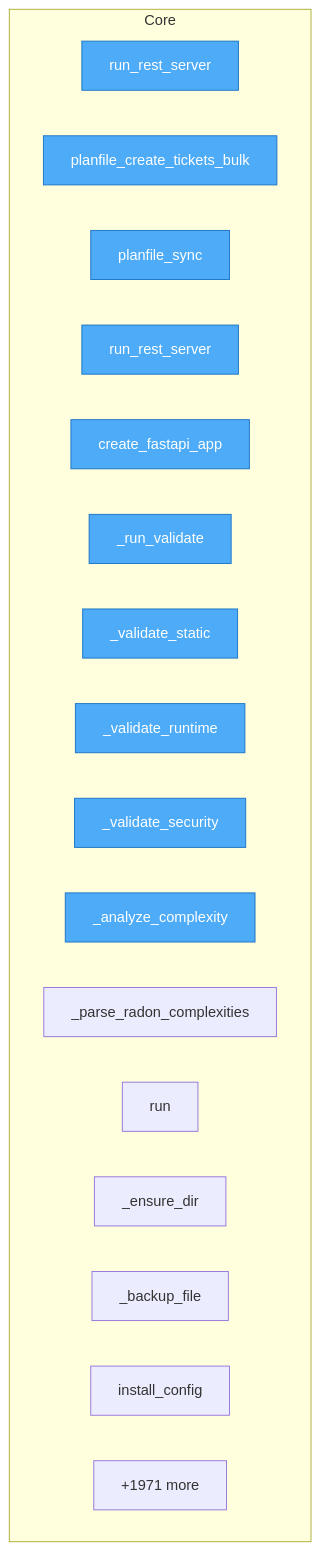
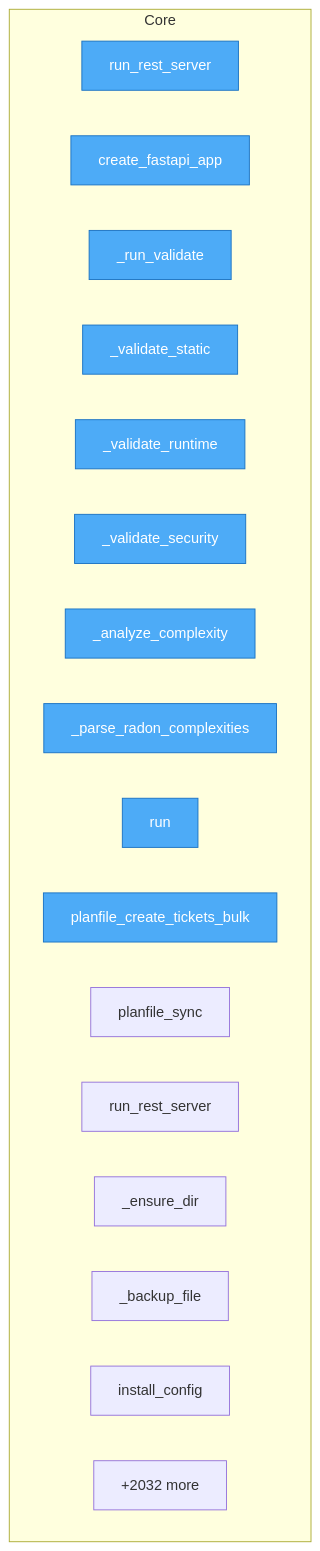
The diagram in project/flow.mmd (semcod/algitex), drawn with Mermaid before and after one commit. The commit also changed 24 other files, not shown here.

```diff
--- a/project/flow.mmd
+++ b/project/flow.mmd
@@ -1,25 +1,25 @@
 flowchart TD
 
     %% Entry points (blue)
     classDef entry fill:#4dabf7,stroke:#1971c2,color:#fff
 
     subgraph Core
         N___algitex__backups__batch_20260328_142940__docker__aider_mcp__aider_mcp_server__run_rest_server["run_rest_server"]
-        N___algitex__backups__batch_20260328_142940__docker__planfile_mcp__planfile_mcp_server__planfile_create_tickets_bulk["planfile_create_tickets_bulk"]
-        N___algitex__backups__batch_20260328_142940__docker__planfile_mcp__planfile_mcp_server__planfile_sync["planfile_sync"]
-        N___algitex__backups__batch_20260328_142940__docker__planfile_mcp__planfile_mcp_server__run_rest_server["run_rest_server"]
         N___algitex__backups__batch_20260328_142940__docker__vallm__vallm_server__VallmServer__create_fastapi_app["create_fastapi_app"]
         N___algitex__backups__batch_20260328_142940__docker__vallm__vallm_server__VallmServer___run_validate["_run_validate"]
         N___algitex__backups__batch_20260328_142940__docker__vallm__vallm_server__VallmServer___validate_static["_validate_static"]
         N___algitex__backups__batch_20260328_142940__docker__vallm__vallm_server__VallmServer___validate_runtime["_validate_runtime"]
         N___algitex__backups__batch_20260328_142940__docker__vallm__vallm_server__VallmServer___validate_security["_validate_security"]
         N___algitex__backups__batch_20260328_142940__docker__vallm__vallm_server__VallmServer___analyze_complexity["_analyze_complexity"]
         N___algitex__backups__batch_20260328_142940__docker__vallm__vallm_server__VallmServer___parse_radon_complexities["_parse_radon_complexities"]
         N___algitex__backups__batch_20260328_142940__docker__vallm__vallm_server__VallmServer__run["run"]
+        N___algitex__backups__batch_20260328_142940__docker__planfile_mcp__planfile_mcp_server__planfile_create_tickets_bulk["planfile_create_tickets_bulk"]
+        N___algitex__backups__batch_20260328_142940__docker__planfile_mcp__planfile_mcp_server__planfile_sync["planfile_sync"]
+        N___algitex__backups__batch_20260328_142940__docker__planfile_mcp__planfile_mcp_server__run_rest_server["run_rest_server"]
         N___algitex__backups__batch_20260328_142940__src__algitex__tools__config__ConfigManager___ensure_dir["_ensure_dir"]
         N___algitex__backups__batch_20260328_142940__src__algitex__tools__config__ConfigManager___backup_file["_backup_file"]
         N___algitex__backups__batch_20260328_142940__src__algitex__tools__config__ConfigManager__install_config["install_config"]
-        ...["+1971 more"]
+        ...["+2032 more"]
     end
 
-    class N___algitex__backups__batch_20260328_142940__docker__aider_mcp__aider_mcp_server__run_rest_server,N___algitex__backups__batch_20260328_142940__docker__planfile_mcp__planfile_mcp_server__planfile_create_tickets_bulk,N___algitex__backups__batch_20260328_142940__docker__planfile_mcp__planfile_mcp_server__planfile_sync,N___algitex__backups__batch_20260328_142940__docker__planfile_mcp__planfile_mcp_server__run_rest_server,N___algitex__backups__batch_20260328_142940__docker__vallm__vallm_server__VallmServer__create_fastapi_app,N___algitex__backups__batch_20260328_142940__docker__vallm__vallm_server__VallmServer___run_validate,N___algitex__backups__batch_20260328_142940__docker__vallm__vallm_server__VallmServer___validate_static,N___algitex__backups__batch_20260328_142940__docker__vallm__vallm_server__VallmServer___validate_runtime,N___algitex__backups__batch_20260328_142940__docker__vallm__vallm_server__VallmServer___validate_security,N___algitex__backups__batch_20260328_142940__docker__vallm__vallm_server__VallmServer___analyze_complexity entry
+    class N___algitex__backups__batch_20260328_142940__docker__aider_mcp__aider_mcp_server__run_rest_server,N___algitex__backups__batch_20260328_142940__docker__vallm__vallm_server__VallmServer__create_fastapi_app,N___algitex__backups__batch_20260328_142940__docker__vallm__vallm_server__VallmServer___run_validate,N___algitex__backups__batch_20260328_142940__docker__vallm__vallm_server__VallmServer___validate_static,N___algitex__backups__batch_20260328_142940__docker__vallm__vallm_server__VallmServer___validate_runtime,N___algitex__backups__batch_20260328_142940__docker__vallm__vallm_server__VallmServer___validate_security,N___algitex__backups__batch_20260328_142940__docker__vallm__vallm_server__VallmServer___analyze_complexity,N___algitex__backups__batch_20260328_142940__docker__vallm__vallm_server__VallmServer___parse_radon_complexities,N___algitex__backups__batch_20260328_142940__docker__vallm__vallm_server__VallmServer__run,N___algitex__backups__batch_20260328_142940__docker__planfile_mcp__planfile_mcp_server__planfile_create_tickets_bulk entry
```
